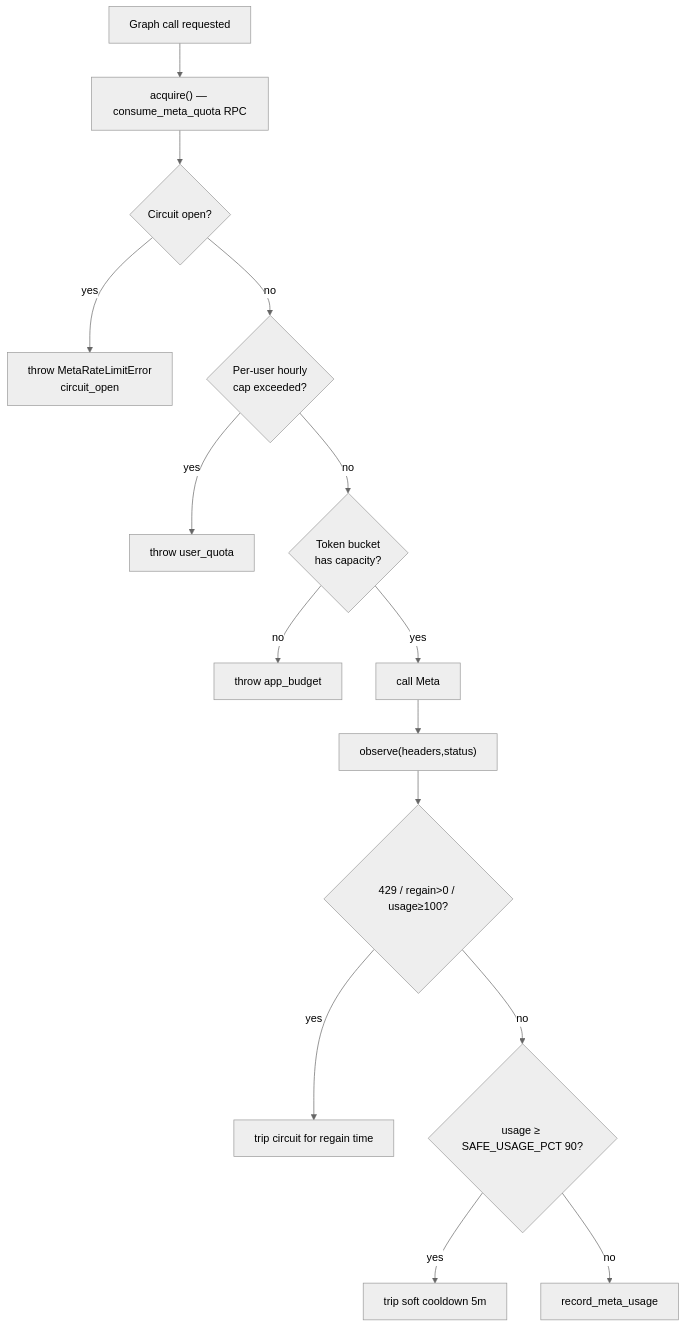
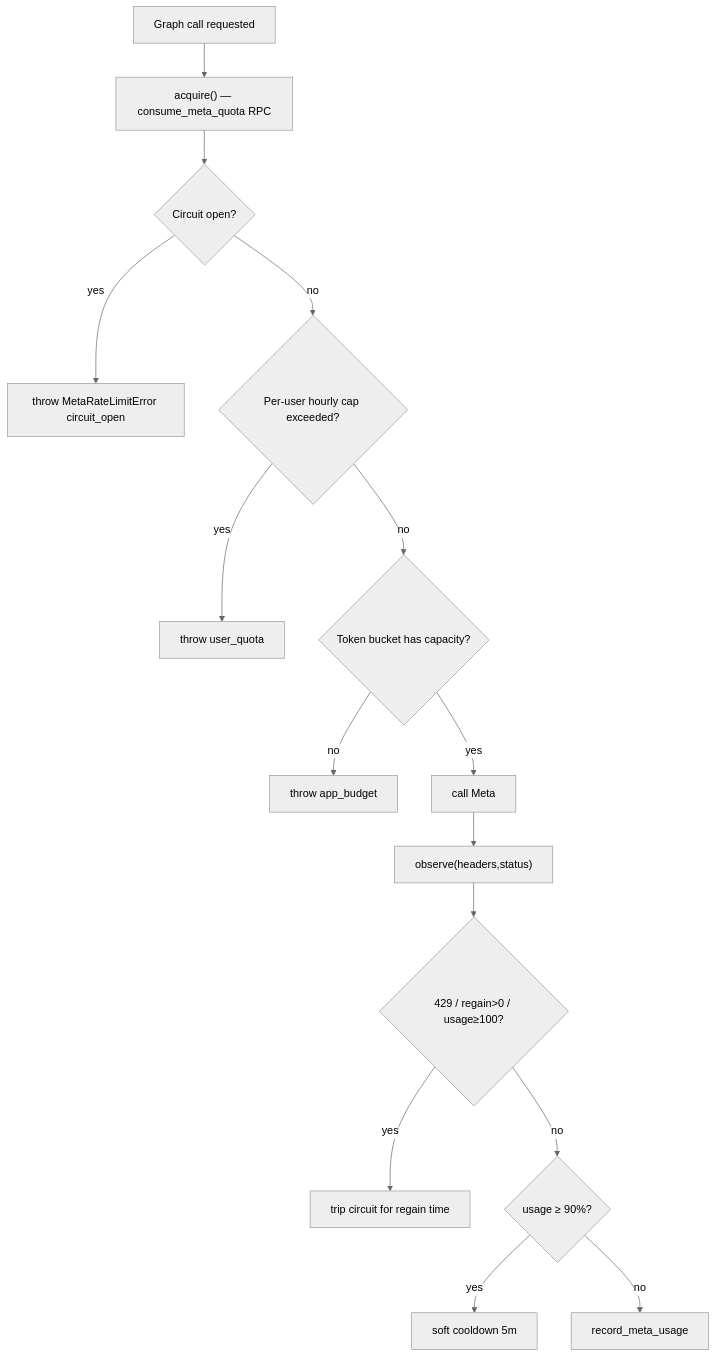
One commit to EngMajdSayedTaha/reelspy changed the fifth of 11 diagrams in docs/product/01-technical-documentation.md. Above: the diagram before and after it, drawn with Mermaid (neutral theme). The commit also changed other lines of this file and 11 other files, not shown here.

````diff
--- a/docs/product/01-technical-documentation.md
+++ b/docs/product/01-technical-documentation.md
@@ -226,17 +254,17 @@
 ```mermaid
 flowchart TD
     REQ[Graph call requested] --> ACQ["acquire() — consume_meta_quota RPC"]
     ACQ --> CB{Circuit open?}
-    CB -->|yes| BLOCK[throw MetaRateLimitError<br/>circuit_open]
-    CB -->|no| UC{Per-user hourly<br/>cap exceeded?}
+    CB -->|yes| BLOCK[throw MetaRateLimitError circuit_open]
+    CB -->|no| UC{Per-user hourly cap exceeded?}
     UC -->|yes| BLOCKU[throw user_quota]
-    UC -->|no| TB{Token bucket<br/>has capacity?}
+    UC -->|no| TB{Token bucket has capacity?}
     TB -->|no| BLOCKA[throw app_budget]
     TB -->|yes| CALL[call Meta]
     CALL --> OBS["observe(headers,status)"]
     OBS --> H{429 / regain>0 / usage≥100?}
     H -->|yes| TRIP[trip circuit for regain time]
-    H -->|no| SAFE{usage ≥ SAFE_USAGE_PCT 90?}
-    SAFE -->|yes| SOFT[trip soft cooldown 5m]
+    H -->|no| SAFE{usage ≥ 90%?}
+    SAFE -->|yes| SOFT[soft cooldown 5m]
     SAFE -->|no| REC[record_meta_usage]
 ```
````
